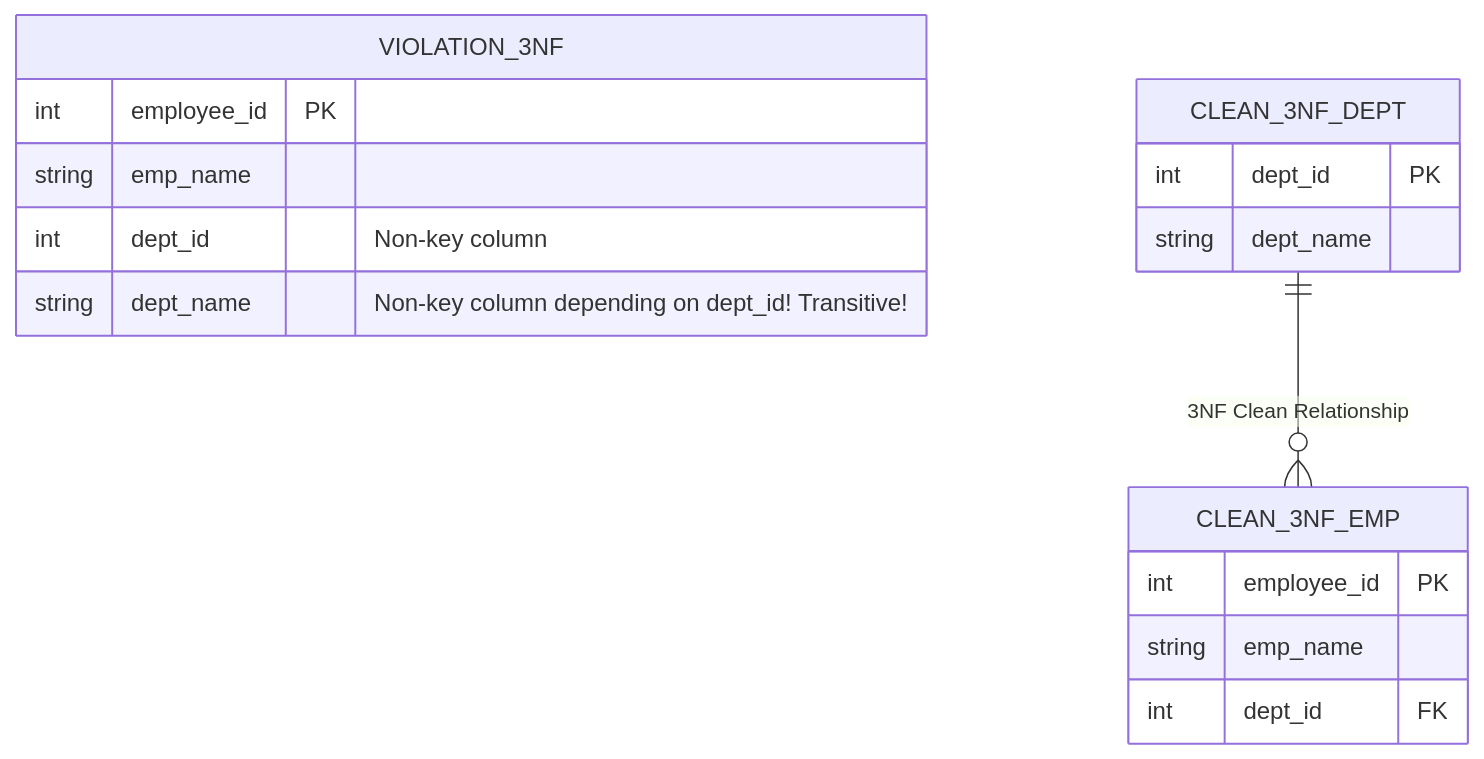
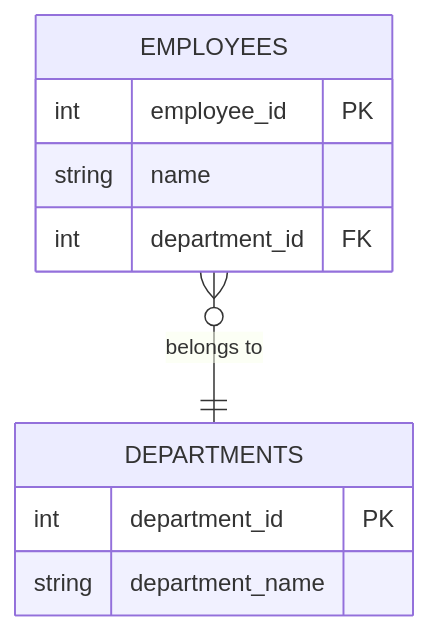
Before and after one commit to muhammad-khaled-tech/My-Study-Notes: the seventh of 48 diagrams in interviews/SQL-NoSQL-Complete.md, drawn with Mermaid. The commit also changed other lines of this file and 3 other files, not shown here.

````diff
--- a/interviews/SQL-NoSQL-Complete.md
+++ b/interviews/SQL-NoSQL-Complete.md
@@ -470,19 +420,13 @@
 ```mermaid
 erDiagram
-    VIOLATION_3NF {
+    EMPLOYEES }o--|| DEPARTMENTS : "belongs to"
+    EMPLOYEES {
         int employee_id PK
-        string emp_name
-        int dept_id "Non-key column"
-        string dept_name "Non-key column depending on dept_id! Transitive!"
+        string name
+        int department_id FK
     }
-    CLEAN_3NF_EMP {
-        int employee_id PK
-        string emp_name
-        int dept_id FK
+    DEPARTMENTS {
+        int department_id PK
+        string department_name
     }
-    CLEAN_3NF_DEPT {
-        int dept_id PK
-        string dept_name
-    }
-    CLEAN_3NF_DEPT ||--o{ CLEAN_3NF_EMP : "3NF Clean Relationship"
 ```
````
